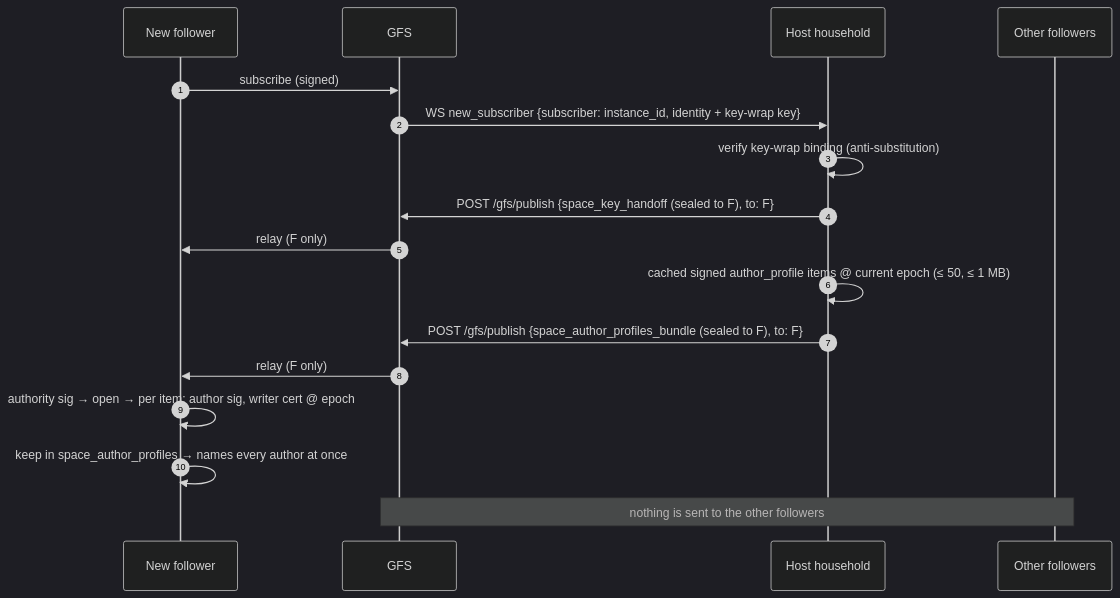
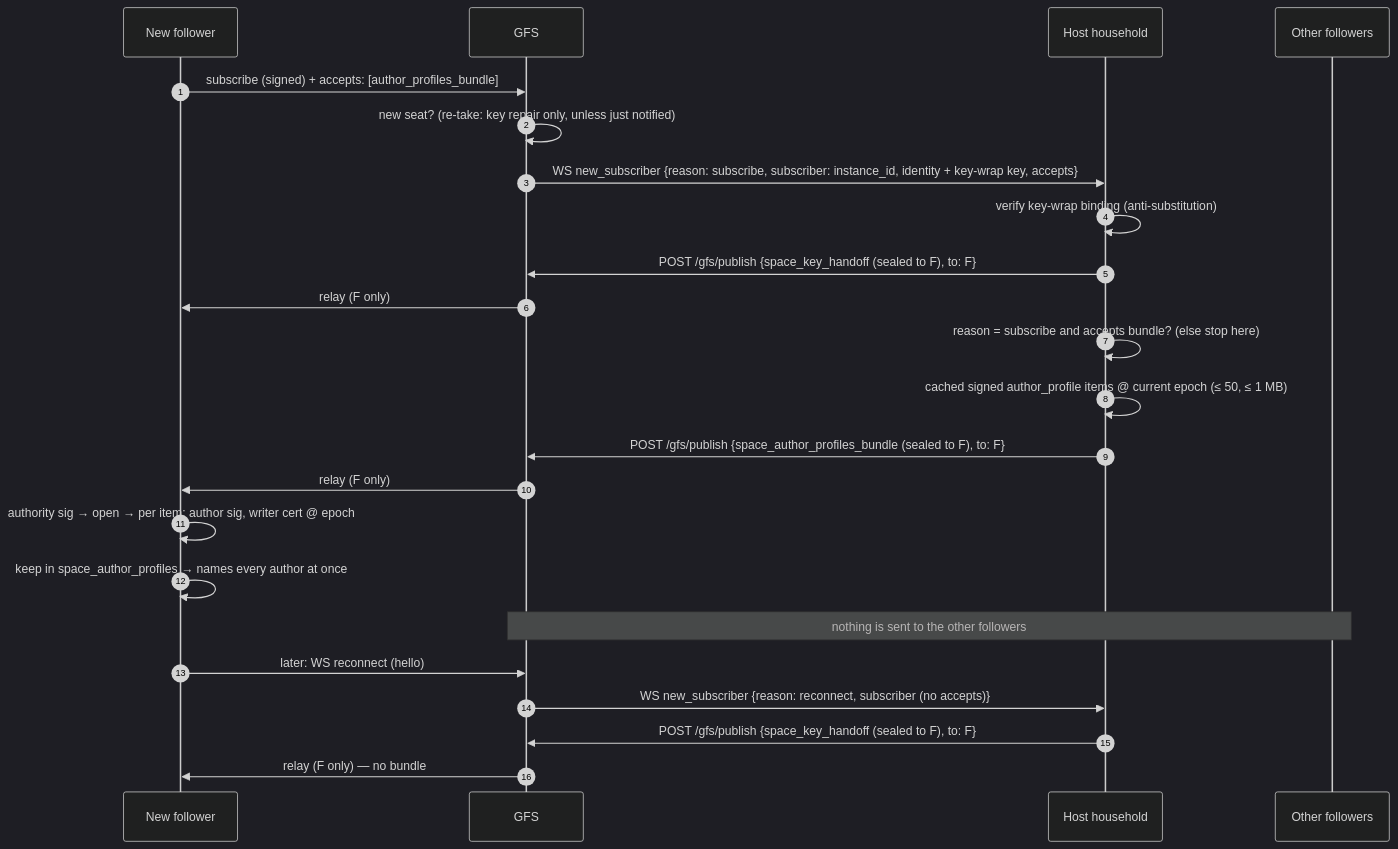
The seventh of 13 diagrams in docs/protocol/discovery.md (social-home-io/socialhome), drawn with Mermaid (dark theme) before and after one commit. The commit also changed other lines of this file and 17 other files, not shown here.

First line of the commit message:
A follower's reconnect no longer re-sends the space's author profiles (#1092)

````diff
--- a/docs/protocol/discovery.md
+++ b/docs/protocol/discovery.md
@@ -1630,20 +1702,26 @@
 ```mermaid
 sequenceDiagram
   autonumber
   participant F as New follower
   participant G as GFS
   participant H as Host household
   participant O as Other followers
 
-  F->>G: subscribe (signed)
-  G->>H: WS new_subscriber {subscriber: instance_id, identity + key-wrap key}
+  F->>G: subscribe (signed) + accepts: [author_profiles_bundle]
+  G->>G: new seat? (re-take: key repair only, unless just notified)
+  G->>H: WS new_subscriber {reason: subscribe, subscriber: instance_id, identity + key-wrap key, accepts}
   H->>H: verify key-wrap binding (anti-substitution)
   H->>G: POST /gfs/publish {space_key_handoff (sealed to F), to: F}
   G->>F: relay (F only)
+  H->>H: reason = subscribe and accepts bundle? (else stop here)
   H->>H: cached signed author_profile items @ current epoch (≤ 50, ≤ 1 MB)
   H->>G: POST /gfs/publish {space_author_profiles_bundle (sealed to F), to: F}
   G->>F: relay (F only)
   F->>F: authority sig → open → per item: author sig, writer cert @ epoch
   F->>F: keep in space_author_profiles → names every author at once
   Note over G,O: nothing is sent to the other followers
+  F->>G: later: WS reconnect (hello)
+  G->>H: WS new_subscriber {reason: reconnect, subscriber (no accepts)}
+  H->>G: POST /gfs/publish {space_key_handoff (sealed to F), to: F}
+  G->>F: relay (F only) — no bundle
 ```
````
